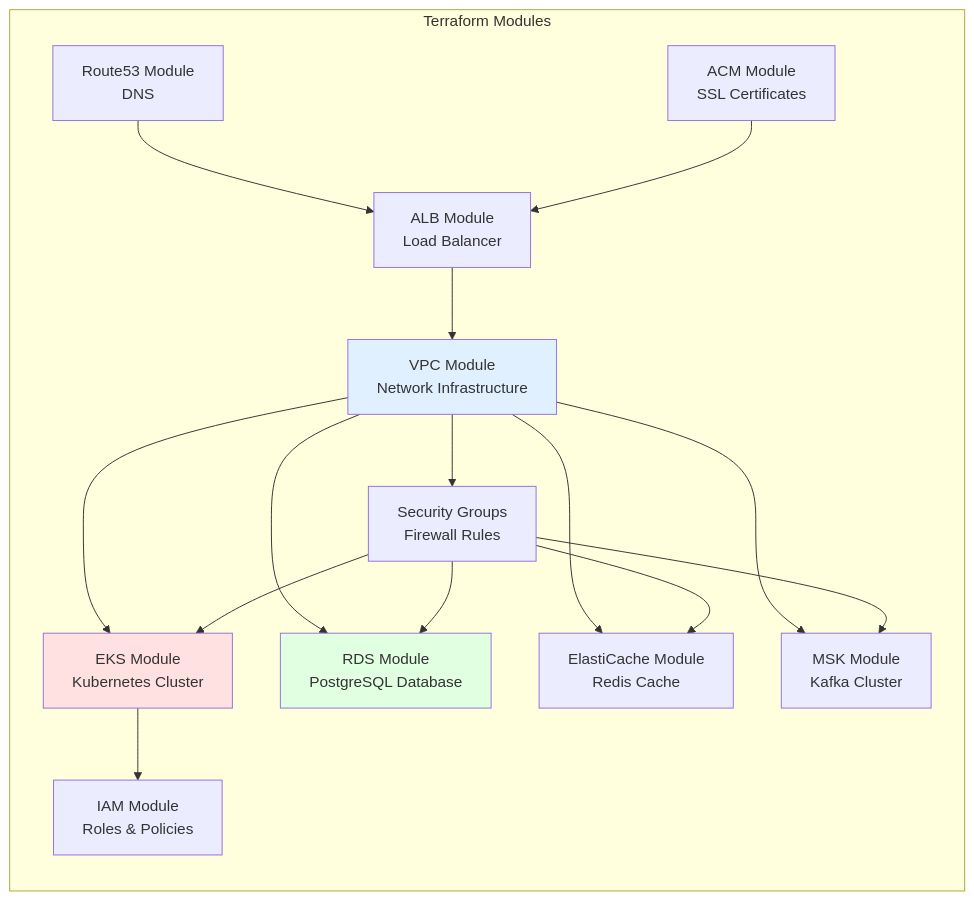
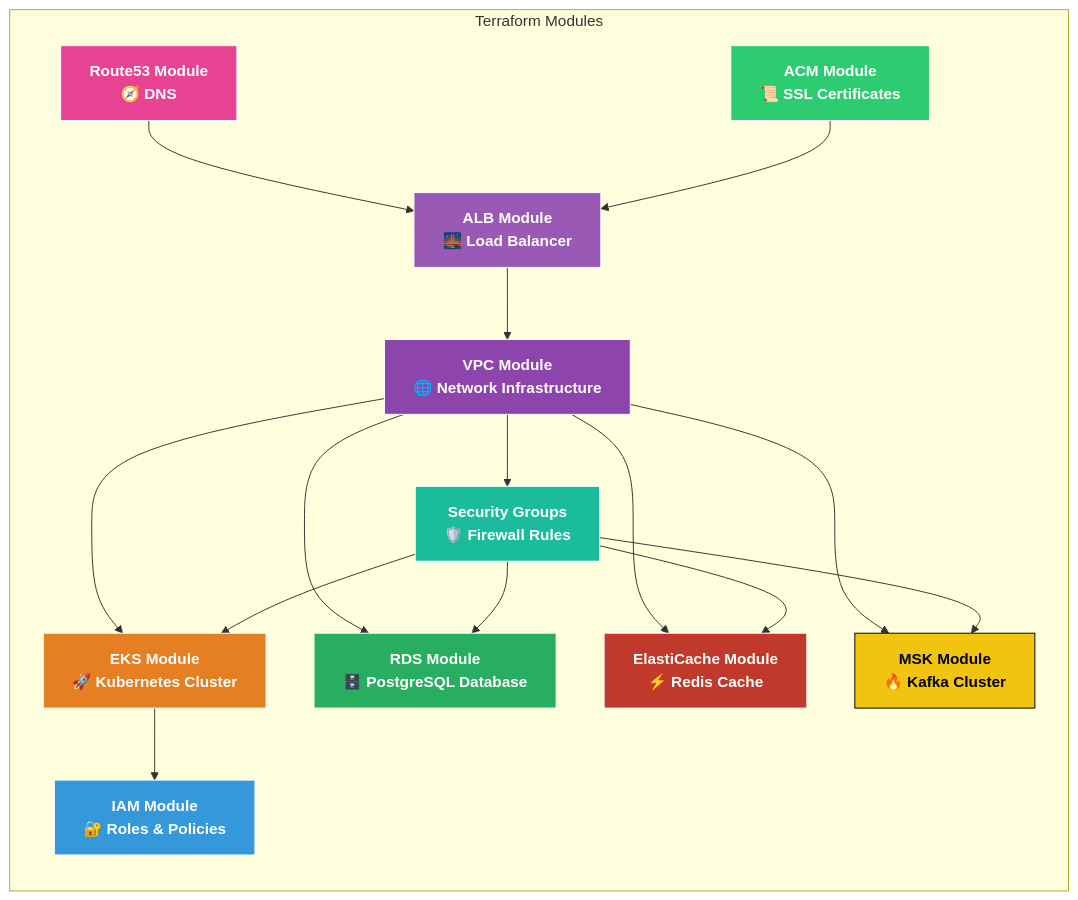
One commit to tiraten-bot/Full-Observability changed the second of 33 diagrams in README.md. Above: the diagram before and after it, drawn with Mermaid.

Commit message:
Update SECOND MERMAID

````diff
--- a/README.md
+++ b/README.md
@@ -110,35 +110,42 @@
 ```mermaid
 graph LR
     subgraph "Terraform Modules"
-        VPC[VPC Module<br/>Network Infrastructure]
-        EKS[EKS Module<br/>Kubernetes Cluster]
-        RDS[RDS Module<br/>PostgreSQL Database]
-        REDIS[ElastiCache Module<br/>Redis Cache]
-        KAFKA[MSK Module<br/>Kafka Cluster]
-        SG[Security Groups<br/>Firewall Rules]
-        IAM[IAM Module<br/>Roles & Policies]
-        ALB_M[ALB Module<br/>Load Balancer]
-        R53[Route53 Module<br/>DNS]
-        ACM_M[ACM Module<br/>SSL Certificates]
+        VPC[VPC Module<br/>🌐 Network Infrastructure]
+        EKS[EKS Module<br/>🚀 Kubernetes Cluster]
+        RDS[RDS Module<br/>🗄️ PostgreSQL Database]
+        REDIS[ElastiCache Module<br/>⚡ Redis Cache]
+        KAFKA[MSK Module<br/>🔥 Kafka Cluster]
+        SG[Security Groups<br/>🛡️ Firewall Rules]
+        IAM[IAM Module<br/>🔐 Roles & Policies]
+        ALB_M[ALB Module<br/>🌉 Load Balancer]
+        R53[Route53 Module<br/>🧭 DNS]
+        ACM_M[ACM Module<br/>📜 SSL Certificates]
     end
     
     VPC --> EKS
     VPC --> RDS
     VPC --> REDIS
     VPC --> KAFKA
     VPC --> SG
     
     EKS --> IAM
     SG --> EKS
     SG --> RDS
     SG --> REDIS
     SG --> KAFKA
     
     ALB_M --> VPC
     R53 --> ALB_M
     ACM_M --> ALB_M
-    
-    style VPC fill:#e1f0ff
-    style EKS fill:#ffe1e1
-    style RDS fill:#e1ffe1
+
+    style VPC fill:#8e44ad,stroke:#ffffff,color:#ffffff,font-weight:bold
+    style EKS fill:#e67e22,stroke:#ffffff,color:#ffffff,font-weight:bold
+    style RDS fill:#27ae60,stroke:#ffffff,color:#ffffff,font-weight:bold
+    style REDIS fill:#c0392b,stroke:#ffffff,color:#ffffff,font-weight:bold
+    style KAFKA fill:#f1c40f,stroke:#000000,color:#000000,font-weight:bold
+    style SG fill:#1abc9c,stroke:#ffffff,color:#ffffff,font-weight:bold
+    style IAM fill:#3498db,stroke:#ffffff,color:#ffffff,font-weight:bold
+    style ALB_M fill:#9b59b6,stroke:#ffffff,color:#ffffff,font-weight:bold
+    style R53 fill:#e84393,stroke:#ffffff,color:#ffffff,font-weight:bold
+    style ACM_M fill:#2ecc71,stroke:#ffffff,color:#ffffff,font-weight:bold
 ```
````
